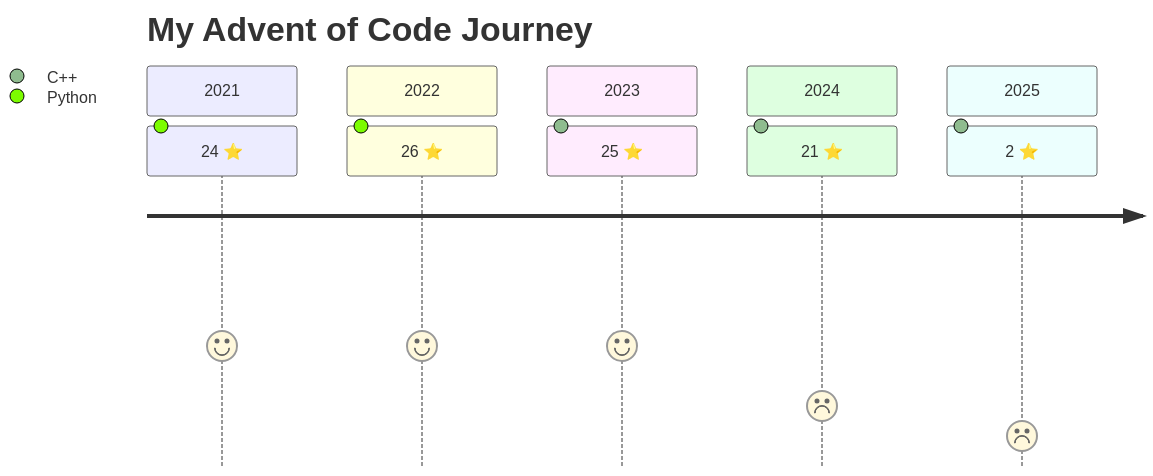
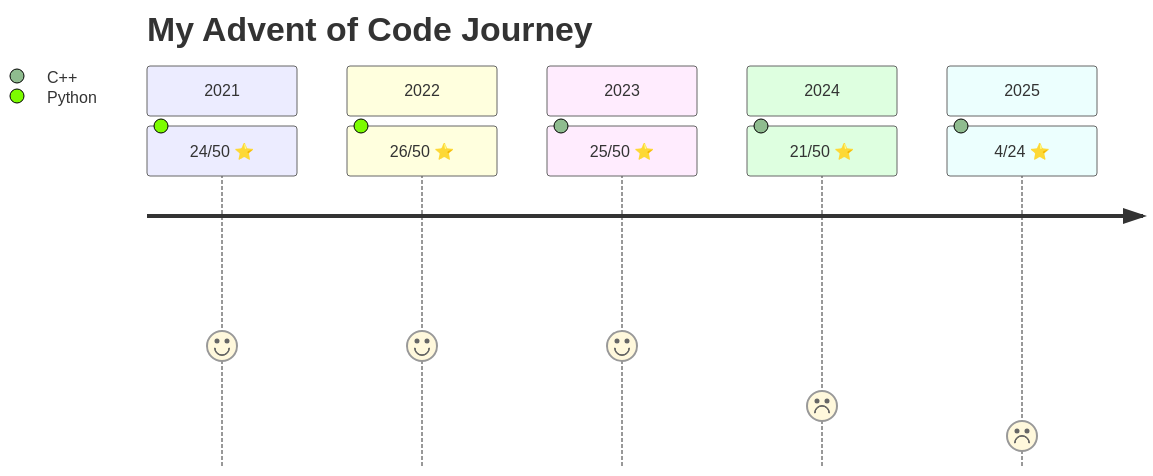
The diagram in README.md (mlcsthor/advent-of-code), drawn with Mermaid before and after one commit. The commit also changed 2 other files, not shown here.

Commit message:
✨ Add 2025 Day02

````diff
--- a/README.md
+++ b/README.md
@@ -1,14 +1,14 @@
 ```mermaid
 journey
     title My Advent of Code Journey
     section 2021
-      24 ⭐: 4: Python
+      24/50 ⭐: 4: Python
     section 2022
-      26 ⭐: 4: Python
+      26/50 ⭐: 4: Python
     section 2023
-      25 ⭐: 4: C++
+      25/50 ⭐: 4: C++
     section 2024
-      21 ⭐: 2: C++
+      21/50 ⭐: 2: C++
     section 2025
-      2 ⭐: 1: C++
+      4/24 ⭐: 1: C++
 ```
````
